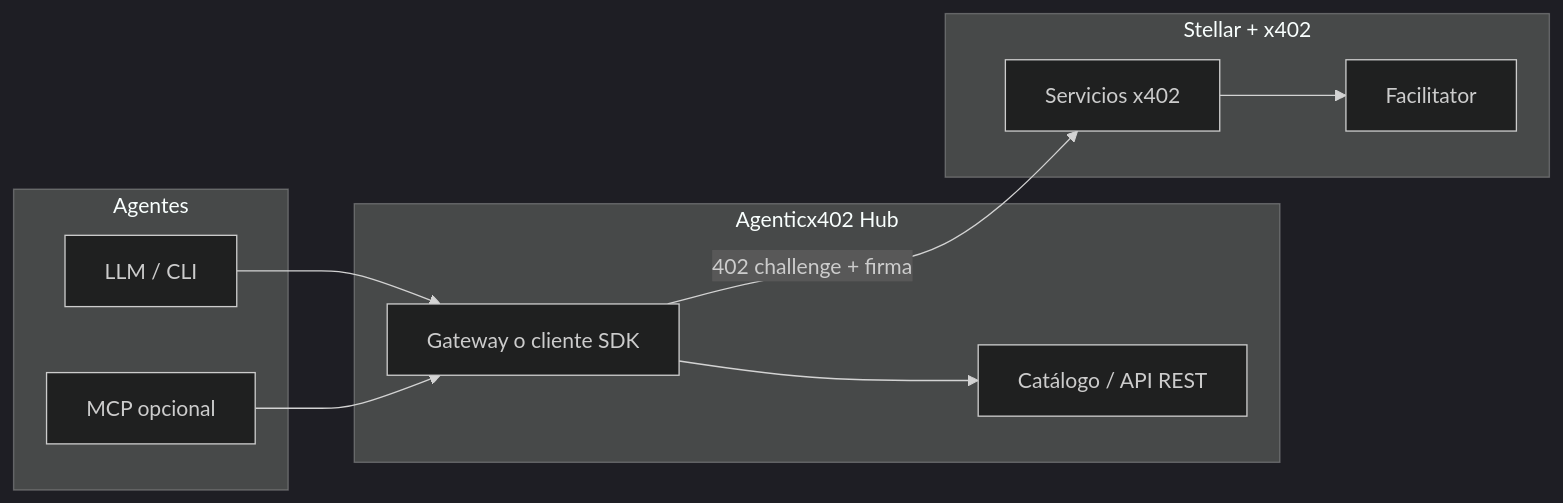
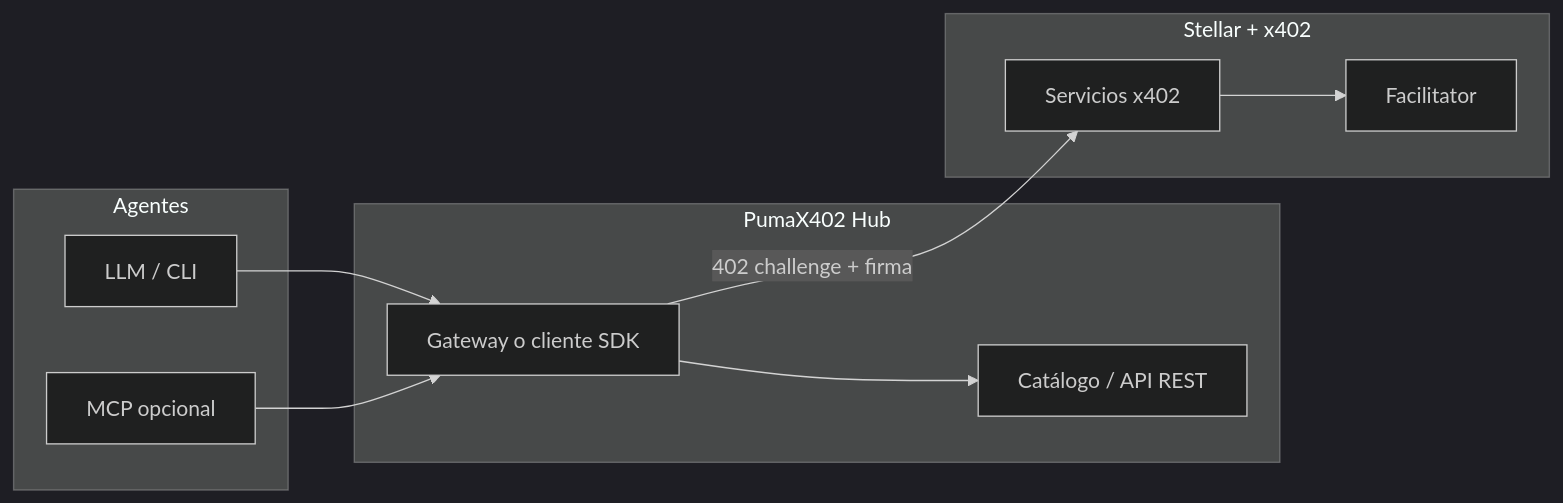
Before and after one commit to MarxMad/Agenticx402: the diagram in README.md, drawn with Mermaid (dark theme). The commit also changed other lines of this file and 15 other files, not shown here.

First line of the commit message:
PumaX402: banner pixel, MCP stdio, docs en el hub web

````diff
--- a/README.md
+++ b/README.md
@@ -28,23 +28,23 @@
 ```mermaid
 flowchart LR
   subgraph agents [Agentes]
     LLM[LLM / CLI]
     MCP[MCP opcional]
   end
 
-  subgraph hub [Agenticx402 Hub]
+  subgraph hub [PumaX402 Hub]
     CAT[Catálogo / API REST]
     GW[Gateway o cliente SDK]
   end
 
   subgraph stellar [Stellar + x402]
     SVC[Servicios x402]
     FAC[Facilitator]
   end
 
   LLM --> GW
   MCP --> GW
   GW --> CAT
   GW -->|402 challenge + firma| SVC
   SVC --> FAC
 ```
````
